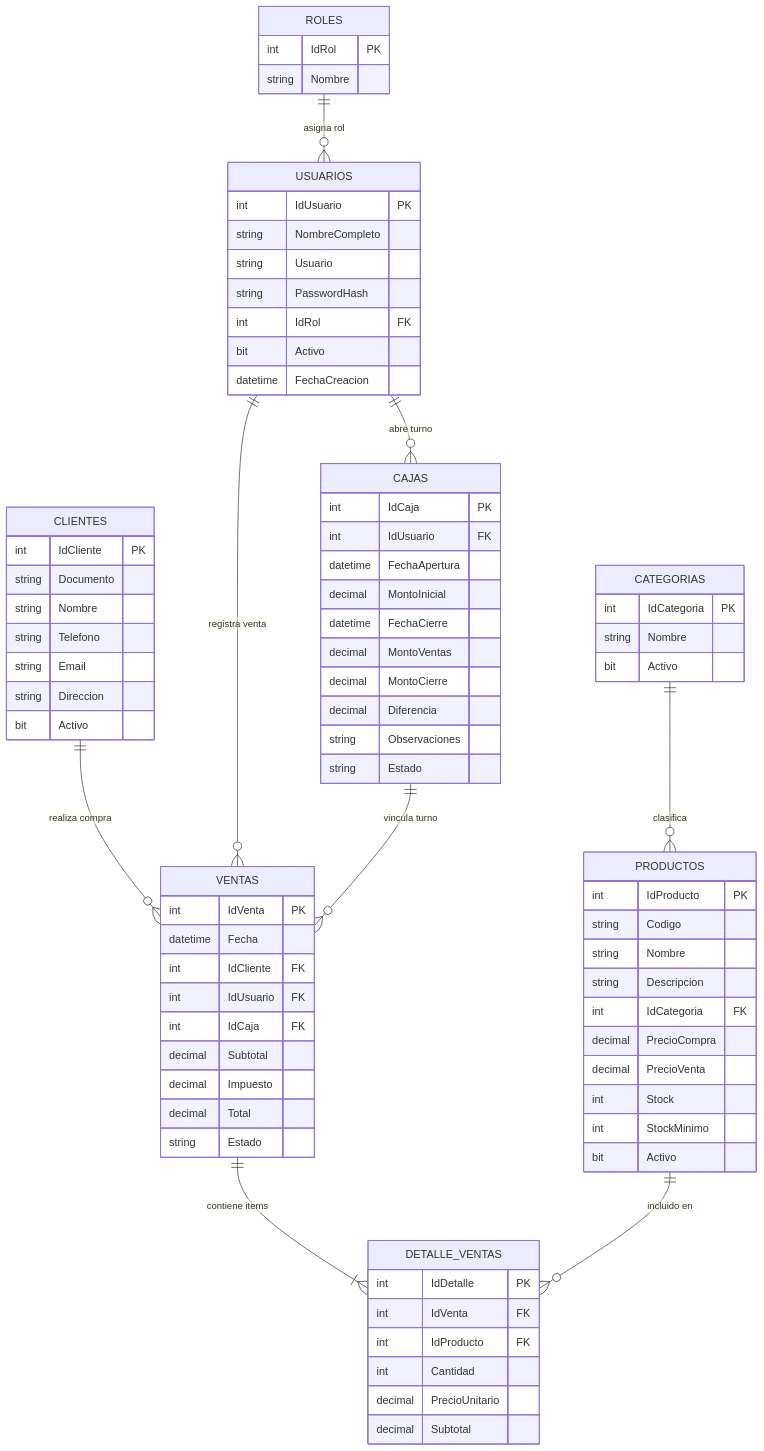
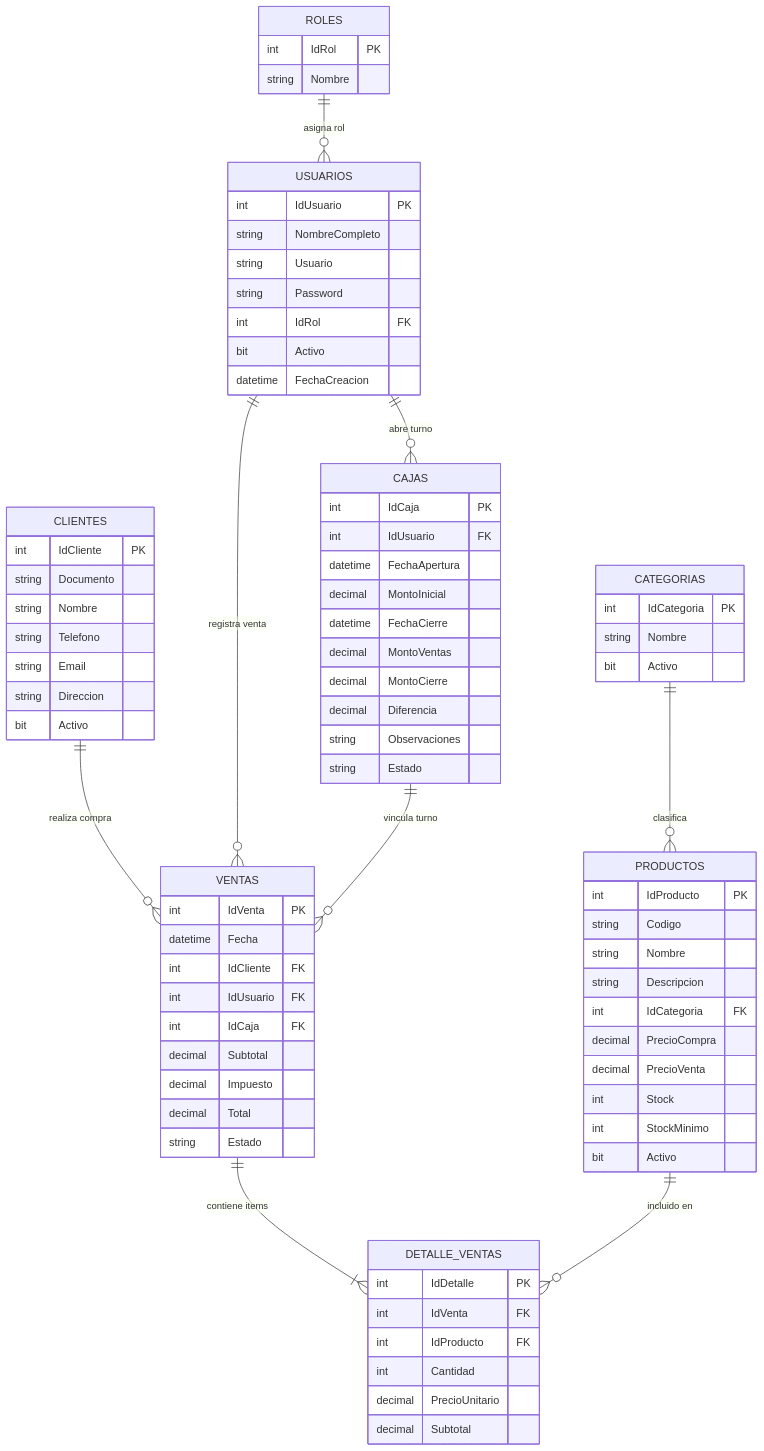
One commit to MinniFinnex/POS-NET changed the diagram in README.md. Above: the diagram before and after it, drawn with Mermaid. The commit also changed other lines of this file and 4 other files, not shown here.

```diff
--- a/README.md
+++ b/README.md
@@ -155,7 +155,7 @@
         int IdUsuario PK
         string NombreCompleto
         string Usuario
-        string PasswordHash
+        string Password
         int IdRol FK
         bit Activo
         datetime FechaCreacion
```
